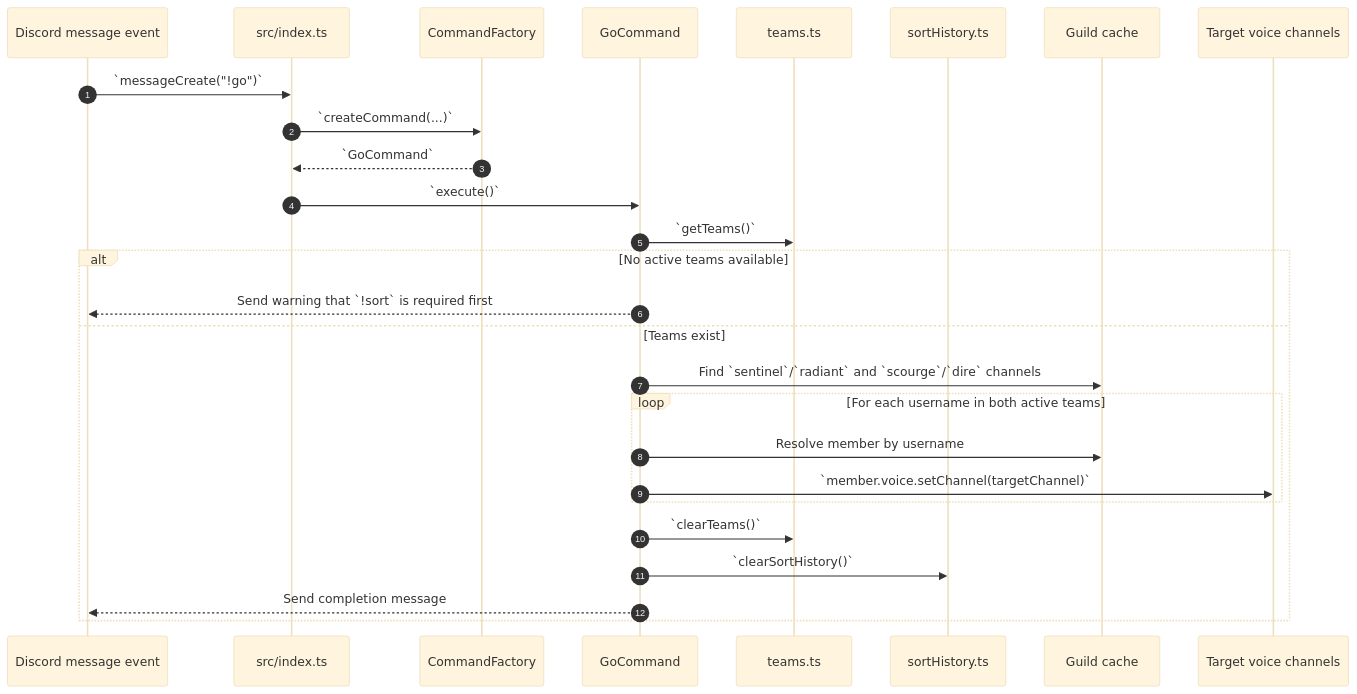
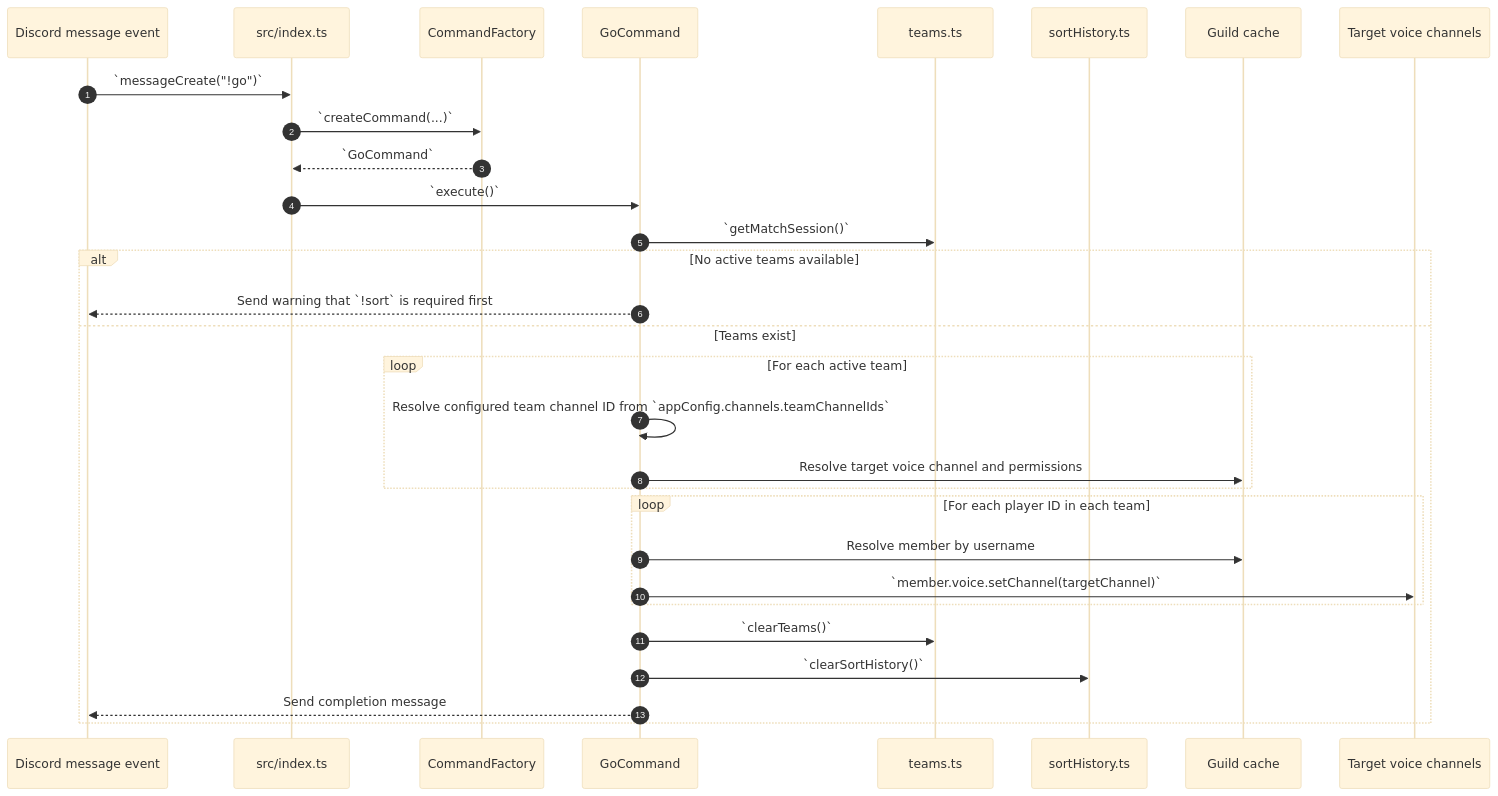
One commit to Ariel-Patino/discord-sort-players-dota changed the sixth of 7 diagrams in documents/ARCHITECTURE.md. Above: the diagram before and after it, drawn with Mermaid (base theme). The commit also changed other lines of this file and 45 other files, not shown here.

````diff
--- a/documents/ARCHITECTURE.md
+++ b/documents/ARCHITECTURE.md
@@ -320,30 +322,33 @@
 ```mermaid
 sequenceDiagram
     autonumber
     participant Discord as Discord message event
     participant App as src/index.ts
     participant Factory as CommandFactory
     participant GoCmd as GoCommand
     participant Teams as teams.ts
     participant History as sortHistory.ts
     participant Guild as Guild cache
     participant Voice as Target voice channels
 
     Discord->>App: `messageCreate("!go")`
     App->>Factory: `createCommand(...)`
     Factory-->>App: `GoCommand`
     App->>GoCmd: `execute()`
-    GoCmd->>Teams: `getTeams()`
+    GoCmd->>Teams: `getMatchSession()`
     alt No active teams available
         GoCmd-->>Discord: Send warning that `!sort` is required first
     else Teams exist
-        GoCmd->>Guild: Find `sentinel`/`radiant` and `scourge`/`dire` channels
-        loop For each username in both active teams
+        loop For each active team
+            GoCmd->>GoCmd: Resolve configured team channel ID from `appConfig.channels.teamChannelIds`
+            GoCmd->>Guild: Resolve target voice channel and permissions
+        end
+        loop For each player ID in each team
             GoCmd->>Guild: Resolve member by username
             GoCmd->>Voice: `member.voice.setChannel(targetChannel)`
         end
         GoCmd->>Teams: `clearTeams()`
         GoCmd->>History: `clearSortHistory()`
         GoCmd-->>Discord: Send completion message
     end
 ```
````
